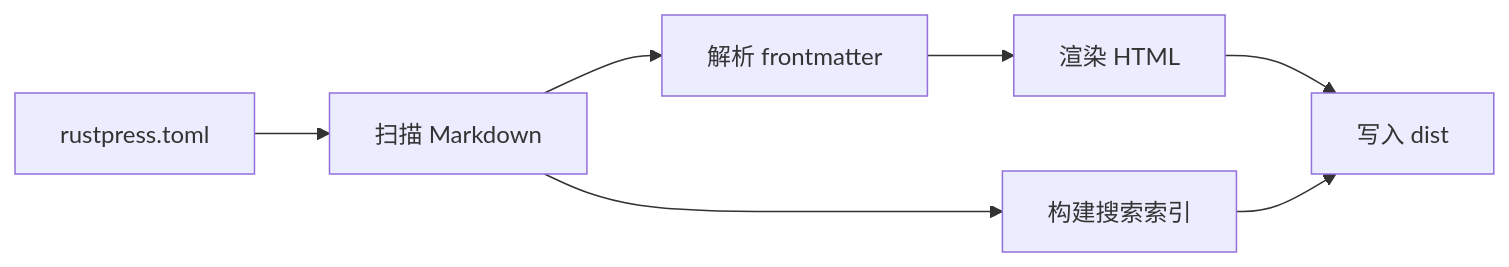
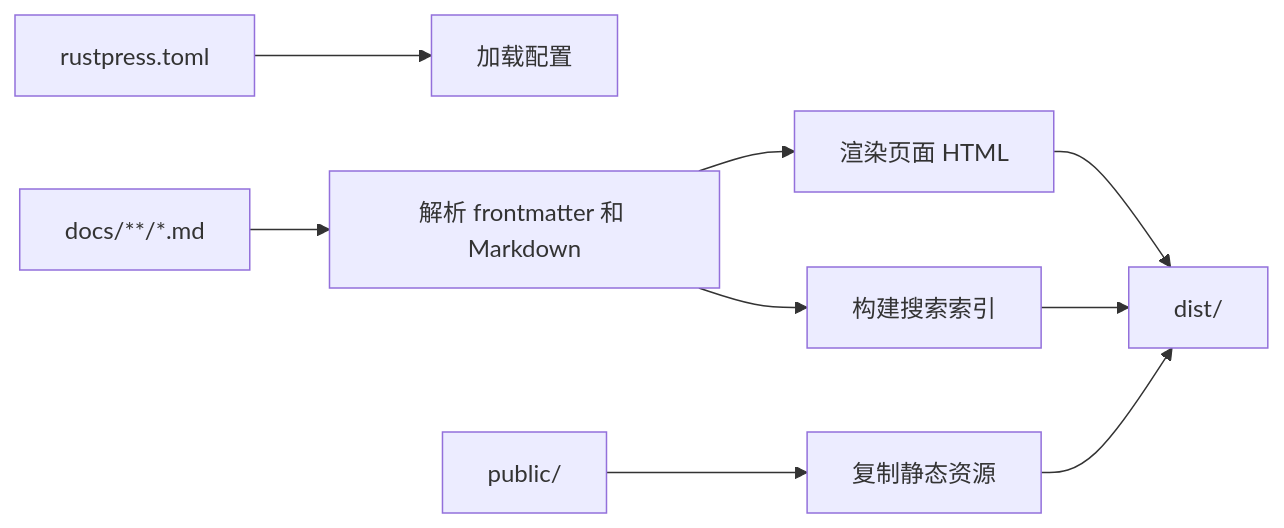
One commit to ZenithInc/rust-press changed the diagram in docs/index.md. Above: the diagram before and after it, drawn with Mermaid. The commit also changed other lines of this file and 42 other files, not shown here.

````diff
--- a/docs/index.md
+++ b/docs/index.md
@@ -23,9 +36,11 @@
 ```mermaid
 flowchart LR
-    A[rustpress.toml] --> B[扫描 Markdown]
-    B --> C[解析 frontmatter]
-    C --> D[渲染 HTML]
-    D --> E[写入 dist]
-    B --> F[构建搜索索引]
-    F --> E
+    Config[rustpress.toml] --> Load[加载配置]
+    Docs[docs/**/*.md] --> Parse[解析 frontmatter 和 Markdown]
+    Parse --> Render[渲染页面 HTML]
+    Parse --> Search[构建搜索索引]
+    Public[public/] --> Copy[复制静态资源]
+    Render --> Dist[dist/]
+    Search --> Dist
+    Copy --> Dist
 ```
````
